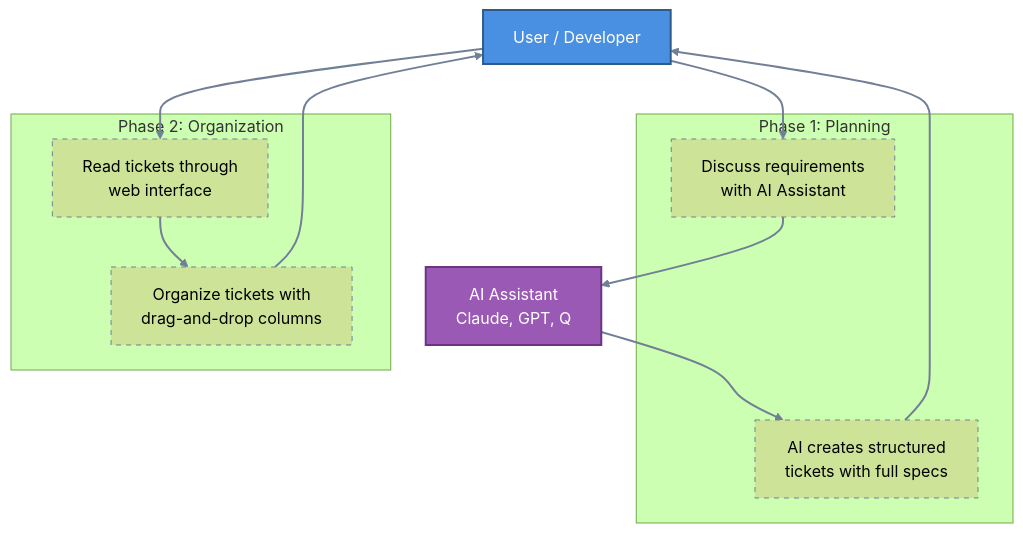
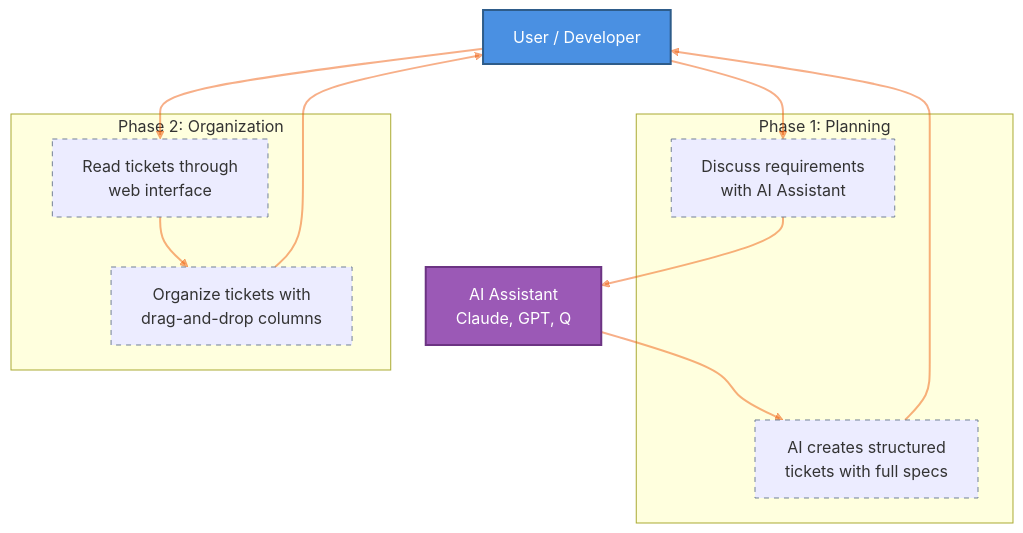
Before and after one commit to andkirby/markdown-ticket: the first of 2 diagrams in README.md, drawn with Mermaid. The commit also changed other lines of this file, not shown here.

Commit message:
docs: split workflow diagram into two sections for clarity

````diff
--- a/README.md
+++ b/README.md
@@ -69,42 +69,39 @@
 ```mermaid
----
-config:
-  theme: forest
----
+%%{
+  init: {
+    'themeVariables': {
+      'lineColor': '#e507'
+    }
+  }
+}%%
 flowchart TD
     User[User / Developer]
     LLM[AI Assistant<br/>Claude, GPT, Q]
 
     subgraph "Phase 1: Planning"
         A1[Discuss requirements<br/>with AI Assistant]
         A2[AI creates structured<br/>tickets with full specs]
     end
 
     subgraph "Phase 2: Organization"
         B1[Read tickets through<br/>web interface]
         B2[Organize tickets with<br/>drag-and-drop columns]
     end
 
     User --> A1
     A1 --> LLM
     LLM --> A2
     A2 --> User
 
     User --> B1
     B1 --> B2
     B2 --> User
 
     style User fill:#4a90e2,stroke:#2e5c8a,stroke-width:2px,color:#fff
     style LLM fill:#9b59b6,stroke:#6c3483,stroke-width:2px,color:#fff
 
     classDef phaseBox stroke:#718096,stroke-width:1px,stroke-dasharray: 5 5
     class A1,A2,B1,B2 phaseBox
-
-    linkStyle 0 stroke:#718096,stroke-width:2px
-    linkStyle 1 stroke:#718096,stroke-width:2px
-    linkStyle 2 stroke:#718096,stroke-width:2px
-    linkStyle 3 stroke:#718096,stroke-width:2px
-    linkStyle 4 stroke:#718096,stroke-width:2px
-    linkStyle 5 stroke:#718096,stroke-width:2px
-    linkStyle 6 stroke:#718096,stroke-width:2px
+    
+    linkStyle default stroke:#e507,stroke-width:2px
 ```
````
